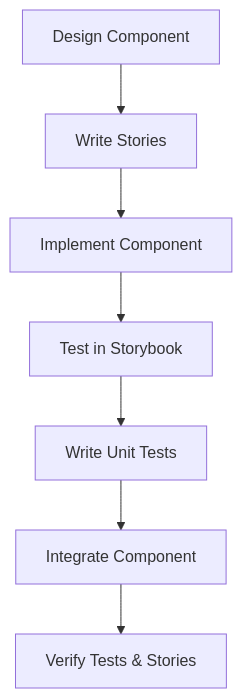
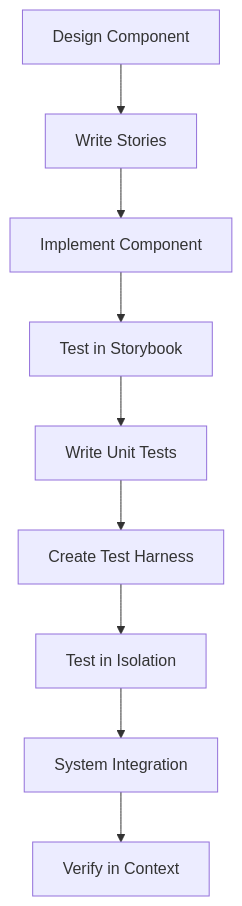
Before and after one commit to jerseycheese/Narraitor: the diagram in docs/development/workflows/storybook-workflow.md, drawn with Mermaid. The commit also changed other lines of this file and 36 other files, not shown here.

First line of the commit message:
chore(app/dev): cleanup test harness, mock provider, DeveloperControls and docs

````diff
--- a/docs/development/workflows/storybook-workflow.md
+++ b/docs/development/workflows/storybook-workflow.md
@@ -15,9 +16,11 @@
 ```mermaid
 graph TD
     A[Design Component] --> B[Write Stories]
     B --> C[Implement Component]
     C --> D[Test in Storybook]
     D --> E[Write Unit Tests]
-    E --> F[Integrate Component]
-    F --> G[Verify Tests & Stories]
+    E --> F[Create Test Harness]
+    F --> G[Test in Isolation]
+    G --> H[System Integration]
+    H --> I[Verify in Context]
 ```
````
